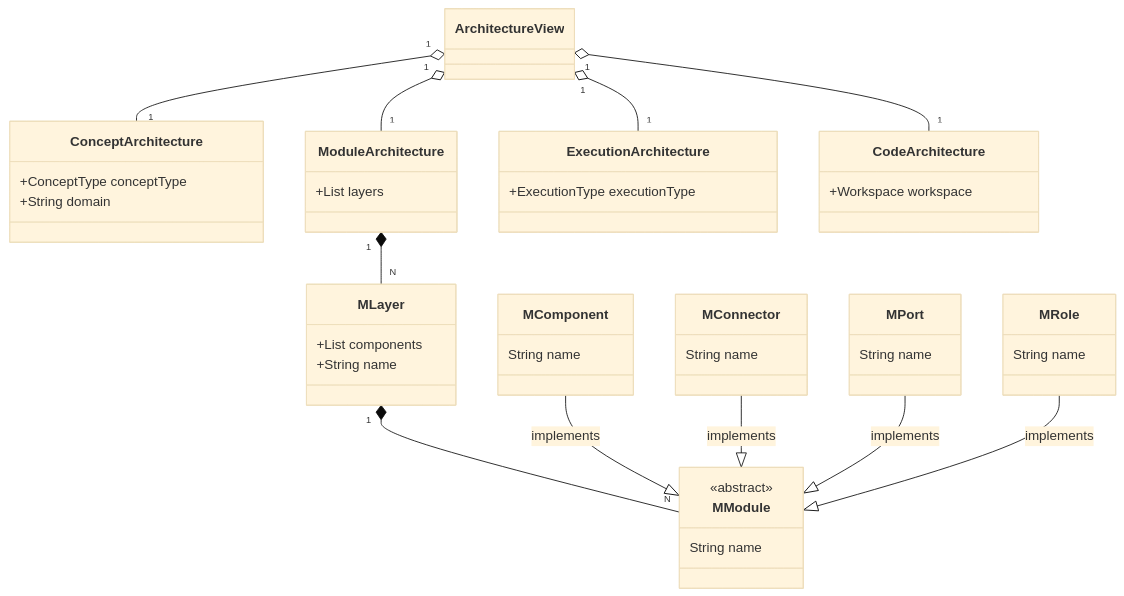
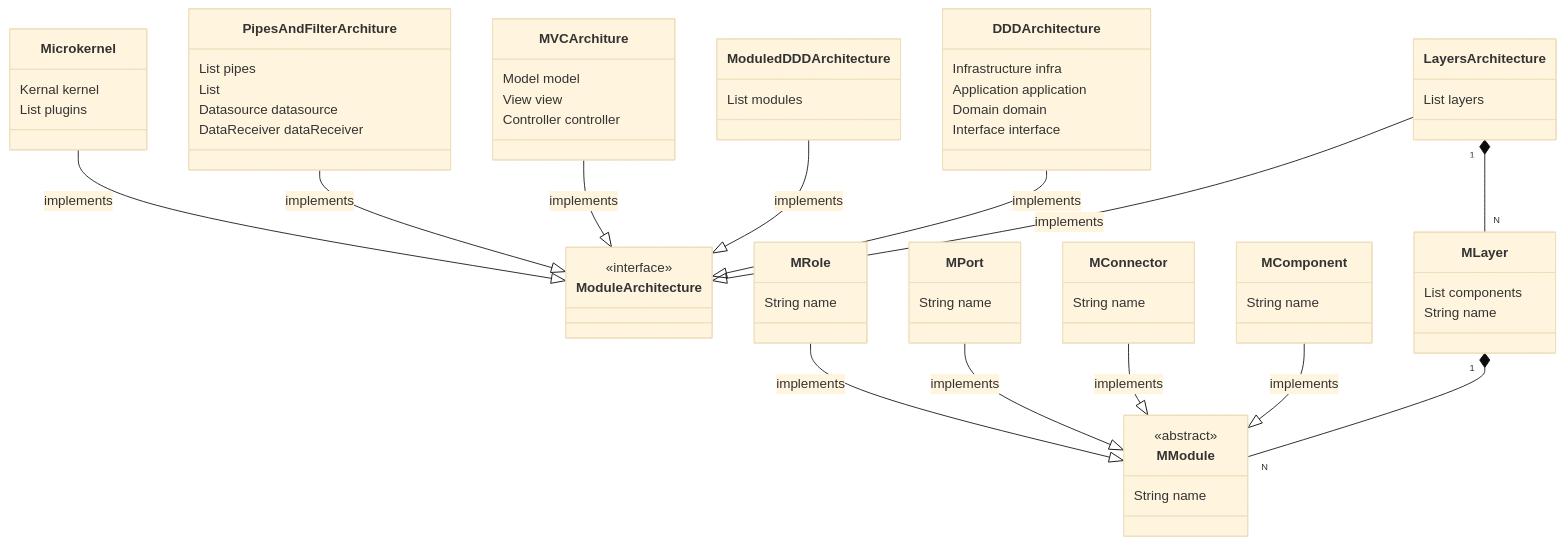
One commit to archguard/archguard-wiki changed the fourth of 4 diagrams in architecture/ArchitectureView.md. Above: the diagram before and after it, drawn with Mermaid (base theme). The commit also changed other lines of this file, not shown here.

Commit message:
module level arch view v0.2

````diff
--- a/architecture/ArchitectureView.md
+++ b/architecture/ArchitectureView.md
@@ -53,59 +156,84 @@
 ```mermaid
 classDiagram
-class ArchitectureView
-
-ArchitectureView "1" o-- "1" ConceptArchitecture
-ArchitectureView "1" o-- "1" ModuleArchitecture
-ArchitectureView "1" o-- "1" ExecutionArchitecture
-ArchitectureView "1" o-- "1" CodeArchitecture
-
-class ConceptArchitecture {
-	+ConceptType conceptType
-	+String domain
+class ModuleArchitecture {
+	<<interface>>
 }
 
-class ModuleArchitecture {
-	+List<MLayer> layers
+class LayersArchitecture {
+	List<MLayer> layers
 }
 
-class ExecutionArchitecture {
-	+ExecutionType executionType
+LayersArchitecture --|> ModuleArchitecture :implements
+
+class DDDArchitecture {
+	Infrastructure infra
+	Application application
+	Domain domain
+	Interface interface
 }
 
-class CodeArchitecture {
-	+Workspace workspace
+DDDArchitecture --|> ModuleArchitecture :implements
+
+class ModuledDDDArchitecture {
+	List<DDDArchitecture> modules
 }
 
-class MLayer {
-	+List<MModule> components
-	+String name
+ModuledDDDArchitecture --|> ModuleArchitecture :implements
+
+class MVCArchiture {
+	Model model
+	View view
+	Controller controller
 }
 
-ModuleArchitecture "1" *-- "N" MLayer
+MVCArchiture --|> ModuleArchitecture :implements
+
+class PipesAndFilterArchiture {
+	List<Pipe> pipes
+	List<Filter> filters
+	Datasource datasource
+	DataReceiver dataReceiver
+}
+
+PipesAndFilterArchiture --|> ModuleArchitecture :implements
+
+class MLayer {
+	List<MModule> components
+	String name
+}
+
+LayersArchitecture "1" *-- "N" MLayer
 MLayer "1" *--  "N" MModule
 
+class Microkernel {
+	Kernal kernel
+	List<Plugin> plugins
+}
+
+Microkernel --|> ModuleArchitecture :implements 
 
 class MModule{
     <<abstract>>
-    String name
+ 	String name
 }
 
 class MComponent {
 	String name
 }
 class MConnector {
 	String name
 }
 class MPort {
 	String name
 }
 class MRole {
 	String name
 }
 
 MComponent --|> MModule :implements
 MConnector --|> MModule :implements
 MPort --|> MModule :implements
 MRole --|> MModule :implements
 
+
 ```
````
